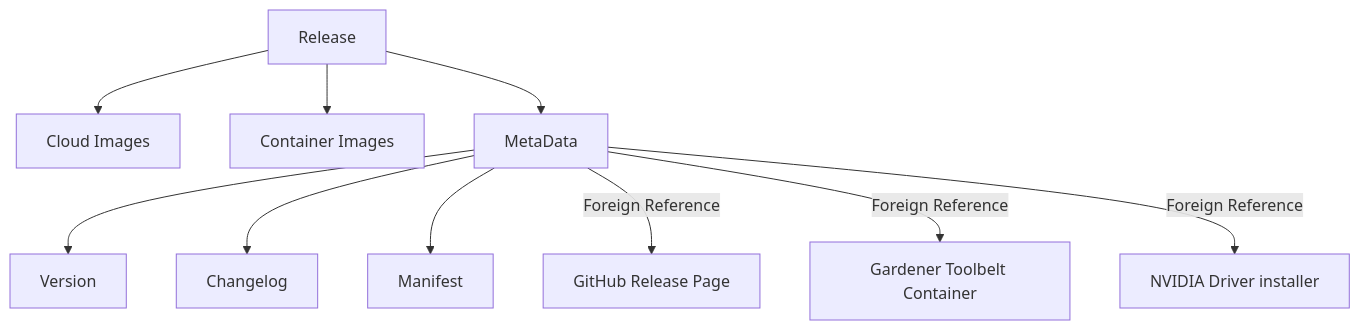
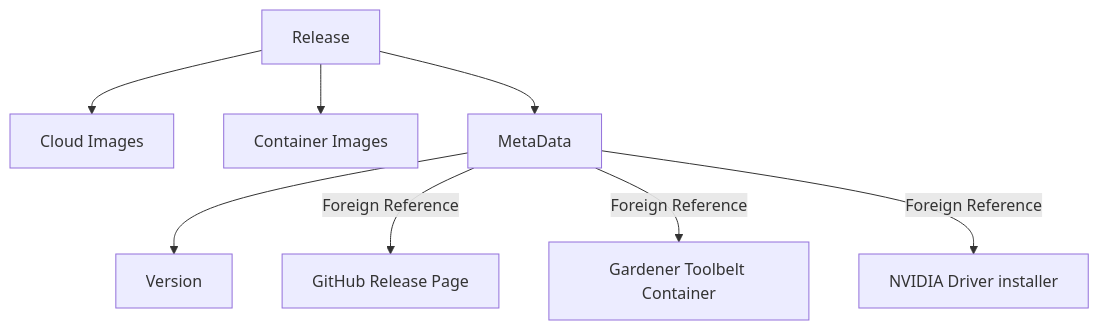
One commit to gardenlinux/gardenlinux changed the first of 3 diagrams in docs/01_developers/ocm/high-level-design.md. Above: the diagram before and after it, drawn with Mermaid. The commit also changed other lines of this file, not shown here.

````diff
--- a/docs/01_developers/ocm/high-level-design.md
+++ b/docs/01_developers/ocm/high-level-design.md
@@ -18,17 +18,15 @@
 ```mermaid
 
 graph TD;
 
     Release[Release] --> CloudImages[Cloud Images];
     Release[Release] --> ContainerImages[Container Images];
     Release[Release] --> MetaData[Meta Data];
 
 
     MetaData[MetaData] --> Version;
-    MetaData[MetaData] --> Changelog;
-    MetaData[MetaData] --> Manifest;
     MetaData[MetaData] -->|Foreign Reference| GHReleasePage[GitHub Release Page];
     MetaData[MetaData] -->|Foreign Reference| GardenerToolbelt[Gardener Toolbelt Container];
     MetaData[MetaData] -->|Foreign Reference| NvidiaInstaller[NVIDIA Driver installer];
 
 ```
````
